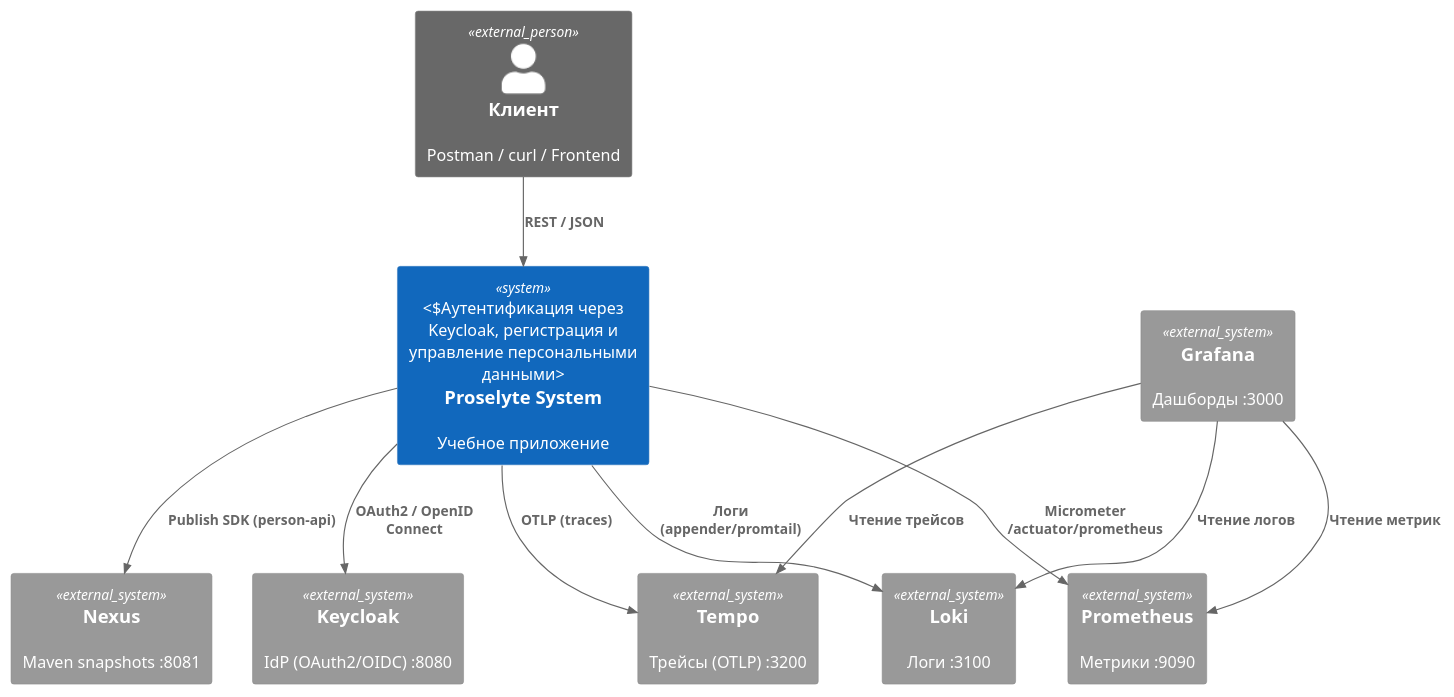
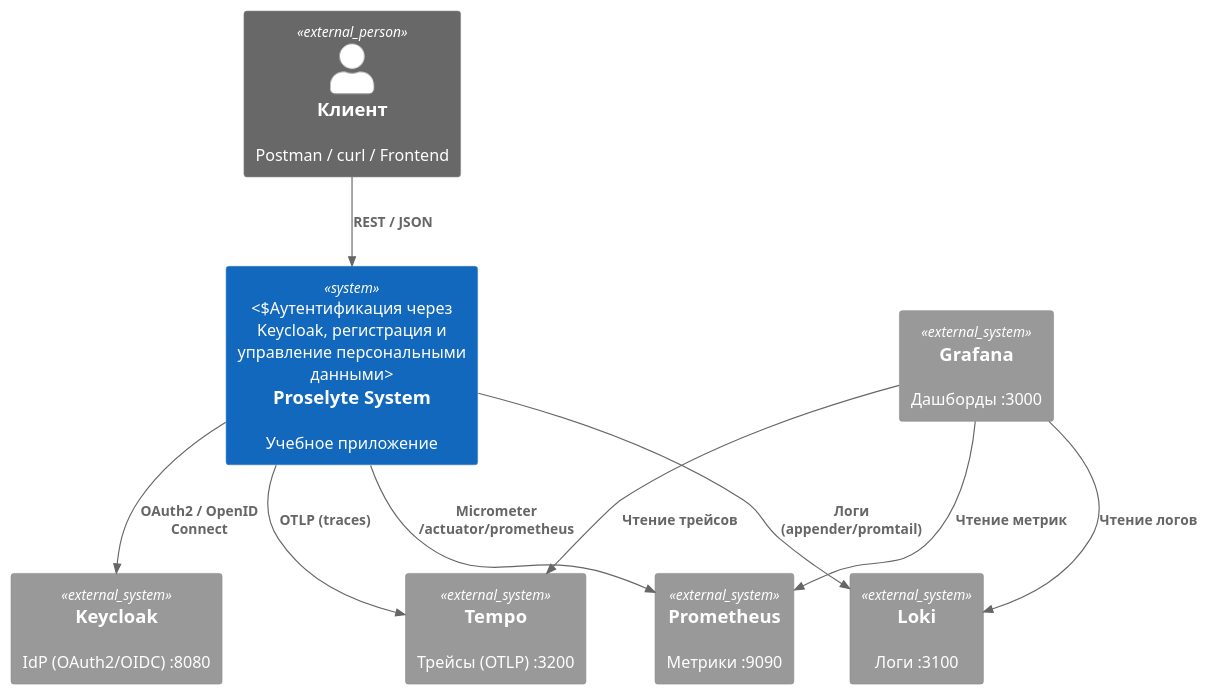
One commit to IvanKorni/fighters-club changed the diagram in architecture/context.puml. Above: the diagram before and after it, drawn with PlantUML. The commit also changed 11 other files, not shown here.

First line of the commit message:
Удаление Nexus и переход на mavenLocal() для управления артефактами

```diff
--- a/architecture/context.puml
+++ b/architecture/context.puml
@@ -1,25 +1,23 @@
 @startuml
 !include https://raw.githubusercontent.com/plantuml-stdlib/C4-PlantUML/master/C4_Context.puml
 
 Person_Ext(dev, "Клиент", "Postman / curl / Frontend")
 
 System(system, "Proselyte System", "Учебное приложение", "Аутентификация через Keycloak, регистрация и управление персональными данными")
 
 System_Ext(keycloak, "Keycloak", "IdP (OAuth2/OIDC) :8080")
 System_Ext(prom, "Prometheus", "Метрики :9090")
 System_Ext(tempo, "Tempo", "Трейсы (OTLP) :3200")
 System_Ext(loki, "Loki", "Логи :3100")
 System_Ext(grafana, "Grafana", "Дашборды :3000")
-System_Ext(nexus, "Nexus", "Maven snapshots :8081")
 
 Rel(dev, system, "REST / JSON")
 Rel(system, keycloak, "OAuth2 / OpenID Connect")
 Rel(system, prom, "Micrometer /actuator/prometheus")
 Rel(system, tempo, "OTLP (traces)")
 Rel(system, loki, "Логи (appender/promtail)")
 Rel(grafana, prom, "Чтение метрик")
 Rel(grafana, tempo, "Чтение трейсов")
 Rel(grafana, loki, "Чтение логов")
-Rel(system, nexus, "Publish SDK (person-api)")
 
 @enduml
```
